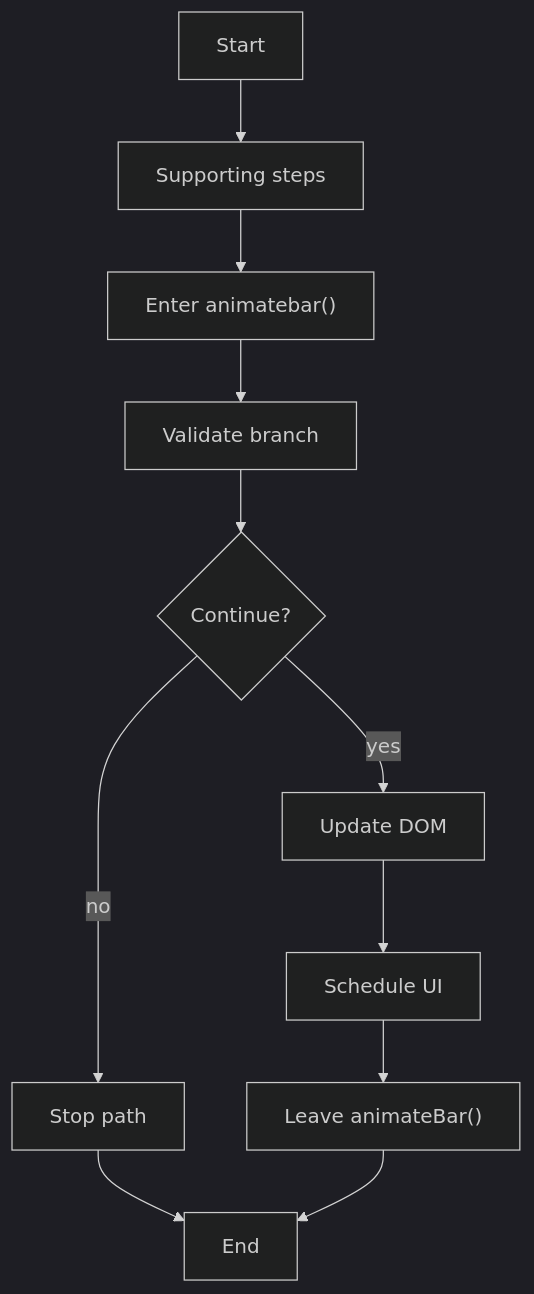
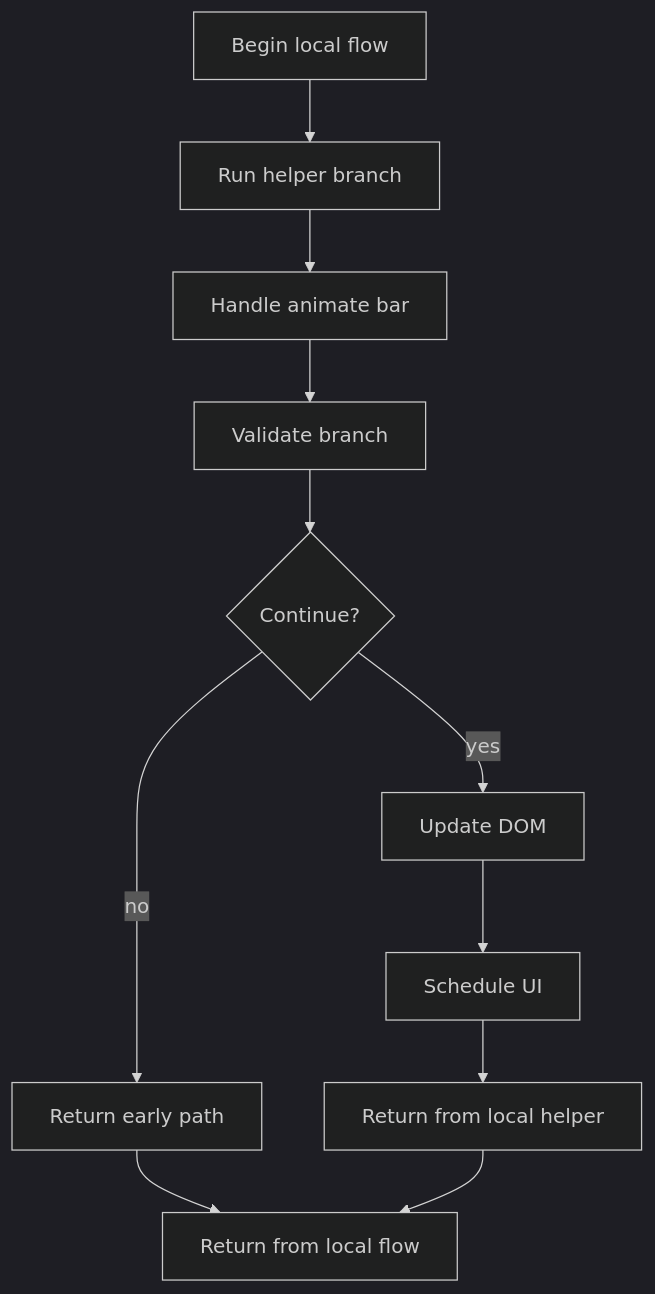
The first of 2 diagrams in docs/Codebase/Frontend/scripts/analysis.js.md (JohnAndrewBalbarosa/NeoTerritory), drawn with Mermaid (dark theme) before and after one commit. The commit also changed other lines of this file and 925 other files, not shown here.

````diff
--- a/docs/Codebase/Frontend/scripts/analysis.js.md
+++ b/docs/Codebase/Frontend/scripts/analysis.js.md
@@ -22,23 +21,23 @@
 ```mermaid
 flowchart TD
-    Start["Start"]
-    N0["Supporting steps"]
-    N1["Enter animatebar()"]
+    Start["Begin local flow"]
+    N0["Run helper branch"]
+    N1["Handle animate bar"]
     N2["Validate branch"]
     D2{"Continue?"}
-    R2["Stop path"]
+    R2["Return early path"]
     N3["Update DOM"]
     N4["Schedule UI"]
-    N5["Leave animateBar()"]
-    End["End"]
+    N5["Return from local helper"]
+    End["Return from local flow"]
     Start --> N0
     N0 --> N1
     N1 --> N2
     N2 --> D2
     D2 -->|yes| N3
     D2 -->|no| R2
     R2 --> End
     N3 --> N4
     N4 --> N5
     N5 --> End
 ```
````
